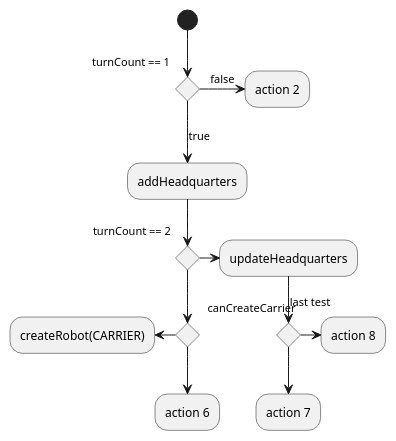
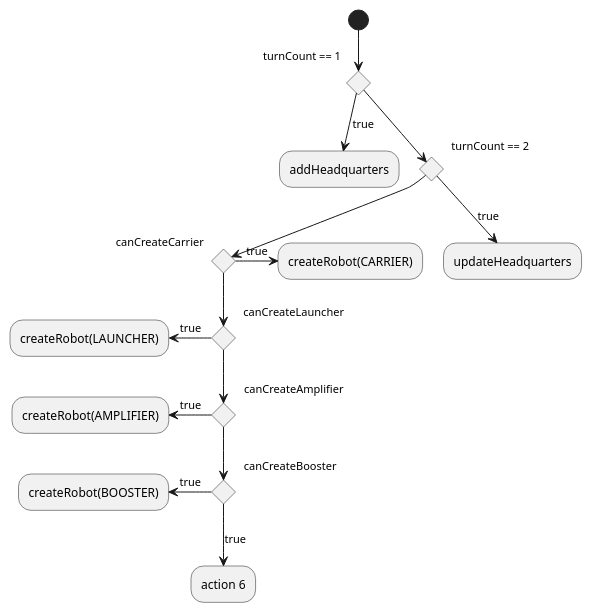
One commit to coding-to-music/plantuml-diagram-examples changed the diagram in drawings/Headquarters-Strategy.puml. Above: the diagram before and after it, drawn with PlantUML.

```diff
--- a/drawings/Headquarters-Strategy.puml
+++ b/drawings/Headquarters-Strategy.puml
@@ -1,27 +1,39 @@
 @startuml "Headquarters-Strategy"
 (*) --> if "turnCount == 1" then
 
-  -->[true] "addHeadquarters"
+  -->[true] "addHeadquarters" as a1
 
+else
   if "turnCount == 2" then
-    -> "updateHeadquarters" as a3
+    -->[true] "updateHeadquarters" as a3
   else
     if "canCreateCarrier" then
-      -left-> "createRobot(CARRIER)"
+      -left->[true] "createRobot(CARRIER)"
     else
-      --> "action 6"
+      if "canCreateLauncher" then
+        -left->[true] "createRobot(LAUNCHER)"
+      else
+        if "canCreateAmplifier" then
+          -left->[true] "createRobot(AMPLIFIER)"
+        else
+          if "canCreateBooster" then
+            -left->[true] "createRobot(BOOSTER)"
+          else
+            -->[true] "action 6"
+          endif
+      endif
     endif
   endif
 
-else
+' else
 
-  ->[false] "action 2"
+'   ->[false] "action 2"
 
 endif
 
-a3 --> if "last test" then
-  --> "action 7"
-else
-  -> "action 8"
-endif
+' a3 --> if "last test" then
+'   --> "action 7"
+' else
+'   -> "action 8"
+' endif
 @enduml
```
